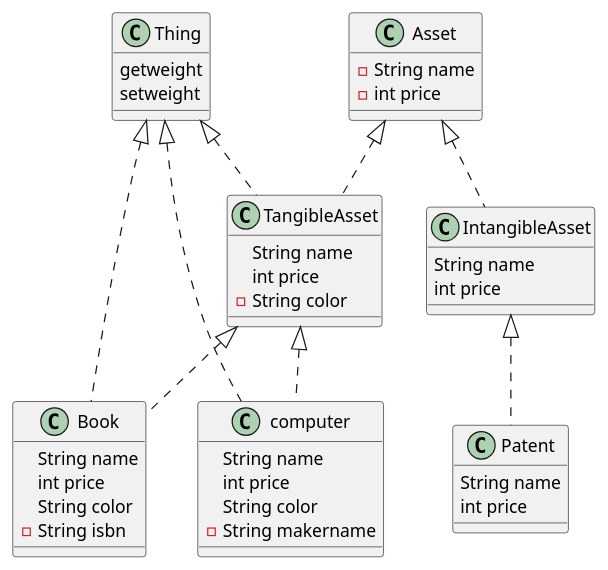
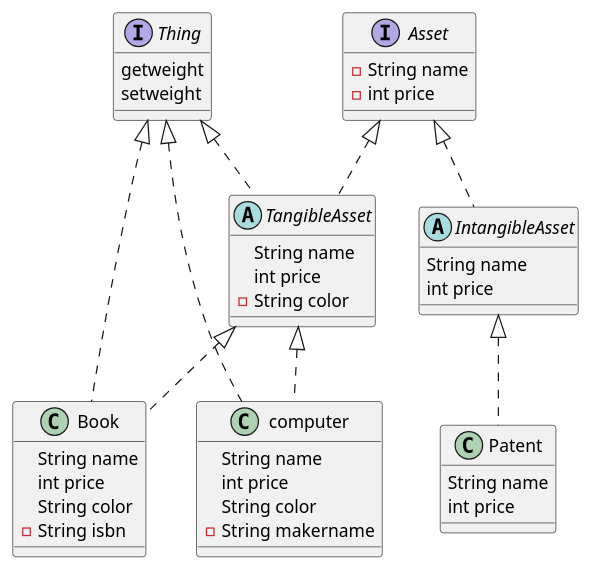
One commit to SurvivalCodingCampus/gangnam3-java-oop changed the diagram in src/main/java/Jasan/don.puml. Above: the diagram before and after it, drawn with PlantUML.

Commit message:
faet "그림 수정 완료"

```diff
--- a/src/main/java/Jasan/don.puml
+++ b/src/main/java/Jasan/don.puml
@@ -1,55 +1,55 @@
 @startuml
 'https://plantuml.com/class-diagram
 
-class TangibleAsset {
+abstract class TangibleAsset {
 String name
 int price
 - String color
 }
 
 class computer {
 String name
 int price
 String color
 - String makername
 
 }
 
 class Book {
 String name
 int price
 String color
 -String isbn
 }
 
-class Asset {
+interface Asset {
 - String name
 - int price
 }
 
-class IntangibleAsset {
+abstract class IntangibleAsset {
 String name
 int price
 }
 
 class Patent {
 String name
 int price
 }
 
-class Thing {
+interface Thing {
 getweight
 setweight
 }
 
 
 Thing <|..Book
 Thing <|..computer
 Thing <|..TangibleAsset
 IntangibleAsset <|.. Patent
 Asset <|..IntangibleAsset
 Asset <|..TangibleAsset
 TangibleAsset <|..Book
 TangibleAsset <|.. computer
 
 @enduml
```
